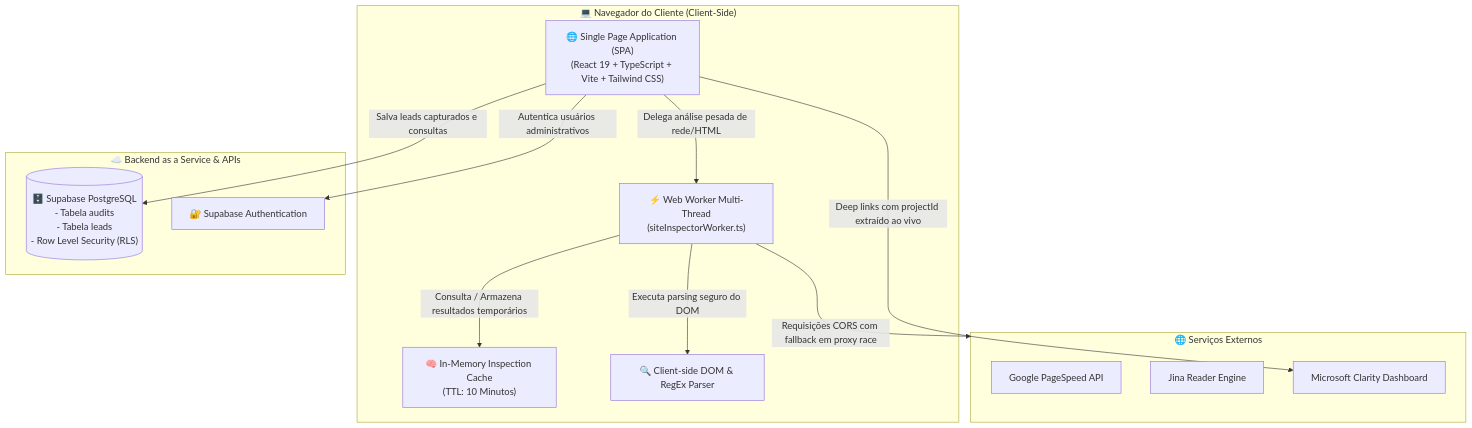
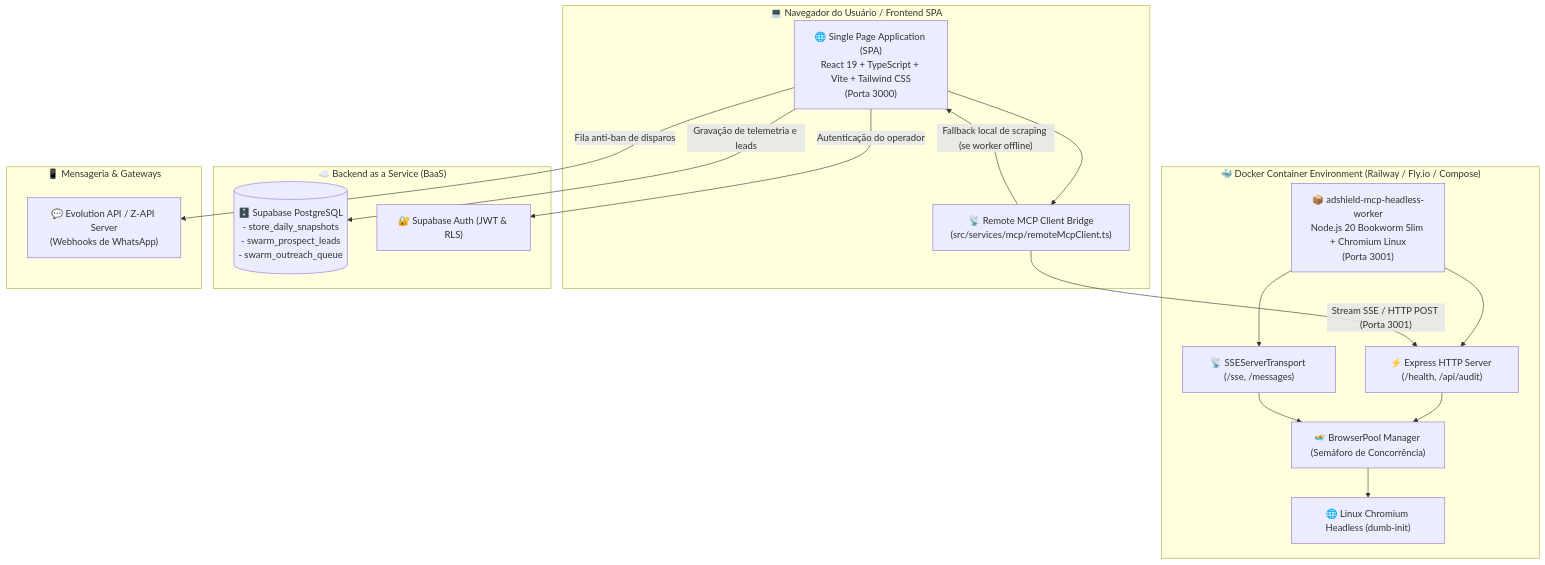
One commit to pensador999/leakfinder-saas changed the second of 4 diagrams in ARCHITECTURE.md. Above: the diagram before and after it, drawn with Mermaid. The commit also changed other lines of this file and 49 other files, not shown here.

Commit message:
feat(swarm): activate hybrid outbound lead hunter, cloud mcp worker, anti-ban outreach and c4 model v4.0

````diff
--- a/ARCHITECTURE.md
+++ b/ARCHITECTURE.md
@@ -95,30 +77,37 @@
 ```mermaid
 graph TD
-    subgraph ClientBrowser["💻 Navegador do Cliente (Client-Side)"]
-        SPA["🌐 Single Page Application (SPA)<br/>(React 19 + TypeScript + Vite + Tailwind CSS)"]
-        WebWorker["⚡ Web Worker Multi-Thread<br/>(siteInspectorWorker.ts)"]
-        MemoryCache["🧠 In-Memory Inspection Cache<br/>(TTL: 10 Minutos)"]
-        DOMParserEngine["🔍 Client-side DOM & RegEx Parser"]
+    subgraph ClientBrowser["💻 Navegador do Usuário / Frontend SPA"]
+        SPA["🌐 Single Page Application (SPA)<br/>React 19 + TypeScript + Vite + Tailwind CSS<br/>(Porta 3000)"]
+        LocalClient["📡 Remote MCP Client Bridge<br/>(src/services/mcp/remoteMcpClient.ts)"]
+        SPA --> LocalClient
     end
 
-    subgraph BackendServices["☁️ Backend as a Service & APIs"]
-        SupaDB[("🗄️ Supabase PostgreSQL<br/>- Tabela audits<br/>- Tabela leads<br/>- Row Level Security (RLS)")]
-        SupaAuth["🔐 Supabase Authentication"]
+    subgraph DockerHost["🐳 Docker Container Environment (Railway / Fly.io / Compose)"]
+        MCPContainer["📦 adshield-mcp-headless-worker<br/>Node.js 20 Bookworm Slim + Chromium Linux<br/>(Porta 3001)"]
+        ExpressServer["⚡ Express HTTP Server (/health, /api/audit)"]
+        SSETransport["📡 SSEServerTransport (/sse, /messages)"]
+        BrowserPool["🏊 BrowserPool Manager (Semáforo de Concorrência)"]
+        LinuxChromium["🌐 Linux Chromium Headless (dumb-init)"]
+
+        MCPContainer --> ExpressServer
+        MCPContainer --> SSETransport
+        ExpressServer --> BrowserPool
+        SSETransport --> BrowserPool
+        BrowserPool --> LinuxChromium
     end
 
-    subgraph ExternalAPIs["🌐 Serviços Externos"]
-        ExtPSI["Google PageSpeed API"]
-        ExtJina["Jina Reader Engine"]
-        ExtClarity["Microsoft Clarity Dashboard"]
+    subgraph CloudStorage["☁️ Backend as a Service (BaaS)"]
+        SupaPostgres[("🗄️ Supabase PostgreSQL<br/>- store_daily_snapshots<br/>- swarm_prospect_leads<br/>- swarm_outreach_queue")]
+        SupaAuth["🔐 Supabase Auth (JWT & RLS)"]
     end
 
-    SPA -->|"Delega análise pesada de rede/HTML"| WebWorker
-    WebWorker -->|"Consulta / Armazena resultados temporários"| MemoryCache
-    WebWorker -->|"Executa parsing seguro do DOM"| DOMParserEngine
-    
-    SPA -->|"Salva leads capturados e consultas"| SupaDB
-    SPA -->|"Autentica usuários administrativos"| SupaAuth
+    subgraph MessagingExternal["📱 Mensageria & Gateways"]
+        EvoAPI["💬 Evolution API / Z-API Server<br/>(Webhooks de WhatsApp)"]
+    end
 
-    WebWorker -->|"Requisições CORS com fallback em proxy race"| ExternalAPIs
-    SPA -->|"Deep links com projectId extraído ao vivo"| ExtClarity
+    LocalClient -->|"Stream SSE / HTTP POST (Porta 3001)"| ExpressServer
+    LocalClient -->|"Fallback local de scraping (se worker offline)"| SPA
+    SPA -->|"Gravação de telemetria e leads"| SupaPostgres
+    SPA -->|"Autenticação do operador"| SupaAuth
+    SPA -->|"Fila anti-ban de disparos"| EvoAPI
 ```
````
